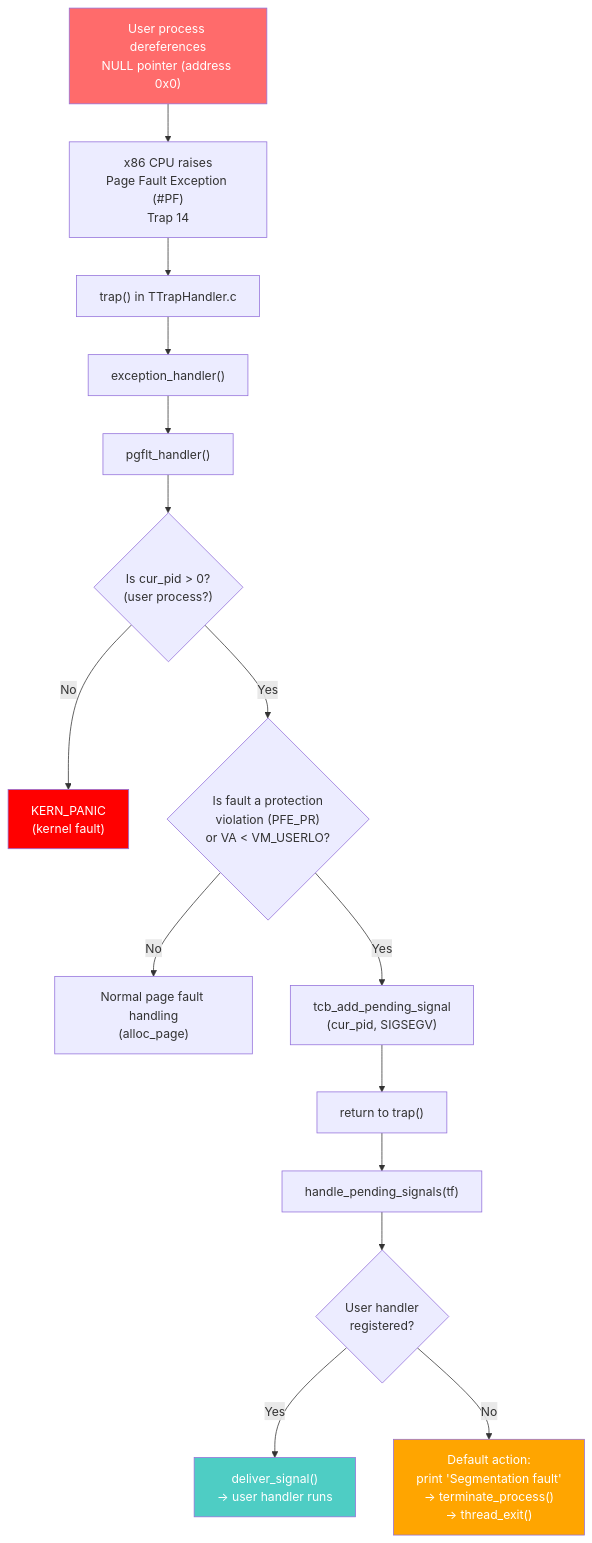
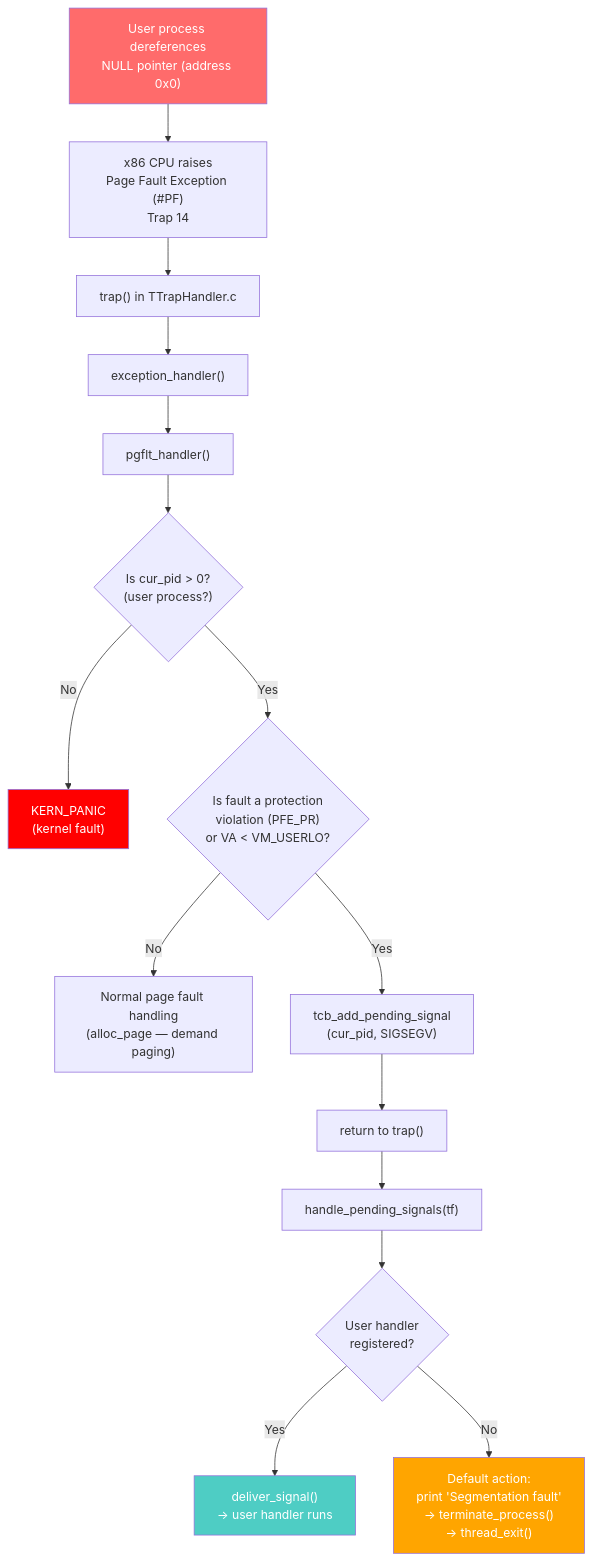
One commit to SillyCatto/OS_Project-Signal changed the first of 2 diagrams in docs/sigsegv-sigint/test_sigsegv.md. Above: the diagram before and after it, drawn with Mermaid. The commit also changed other lines of this file and 2 other files, not shown here.

````diff
--- a/docs/sigsegv-sigint/test_sigsegv.md
+++ b/docs/sigsegv-sigint/test_sigsegv.md
@@ -68,22 +391,22 @@
 ```mermaid
 flowchart TD
     A["User process dereferences<br/>NULL pointer (address 0x0)"] --> B["x86 CPU raises<br/>Page Fault Exception (#PF)<br/>Trap 14"]
     B --> C["trap() in TTrapHandler.c"]
     C --> D["exception_handler()"]
     D --> E["pgflt_handler()"]
     E --> F{"Is cur_pid > 0?<br/>(user process?)"}
     F -- No --> G["KERN_PANIC<br/>(kernel fault)"]
     F -- Yes --> H{"Is fault a protection<br/>violation (PFE_PR)<br/>or VA < VM_USERLO?"}
-    H -- No --> I["Normal page fault handling<br/>(alloc_page)"]
+    H -- No --> I["Normal page fault handling<br/>(alloc_page — demand paging)"]
     H -- Yes --> J["tcb_add_pending_signal<br/>(cur_pid, SIGSEGV)"]
     J --> K["return to trap()"]
     K --> L["handle_pending_signals(tf)"]
     L --> M{"User handler<br/>registered?"}
     M -- Yes --> N["deliver_signal()<br/>→ user handler runs"]
     M -- No --> O["Default action:<br/>print 'Segmentation fault'<br/>→ terminate_process()<br/>→ thread_exit()"]
 
     style A fill:#ff6b6b,color:#fff
     style G fill:#ff0000,color:#fff
     style O fill:#ffa500,color:#fff
     style N fill:#4ecdc4,color:#fff
 ```
````
